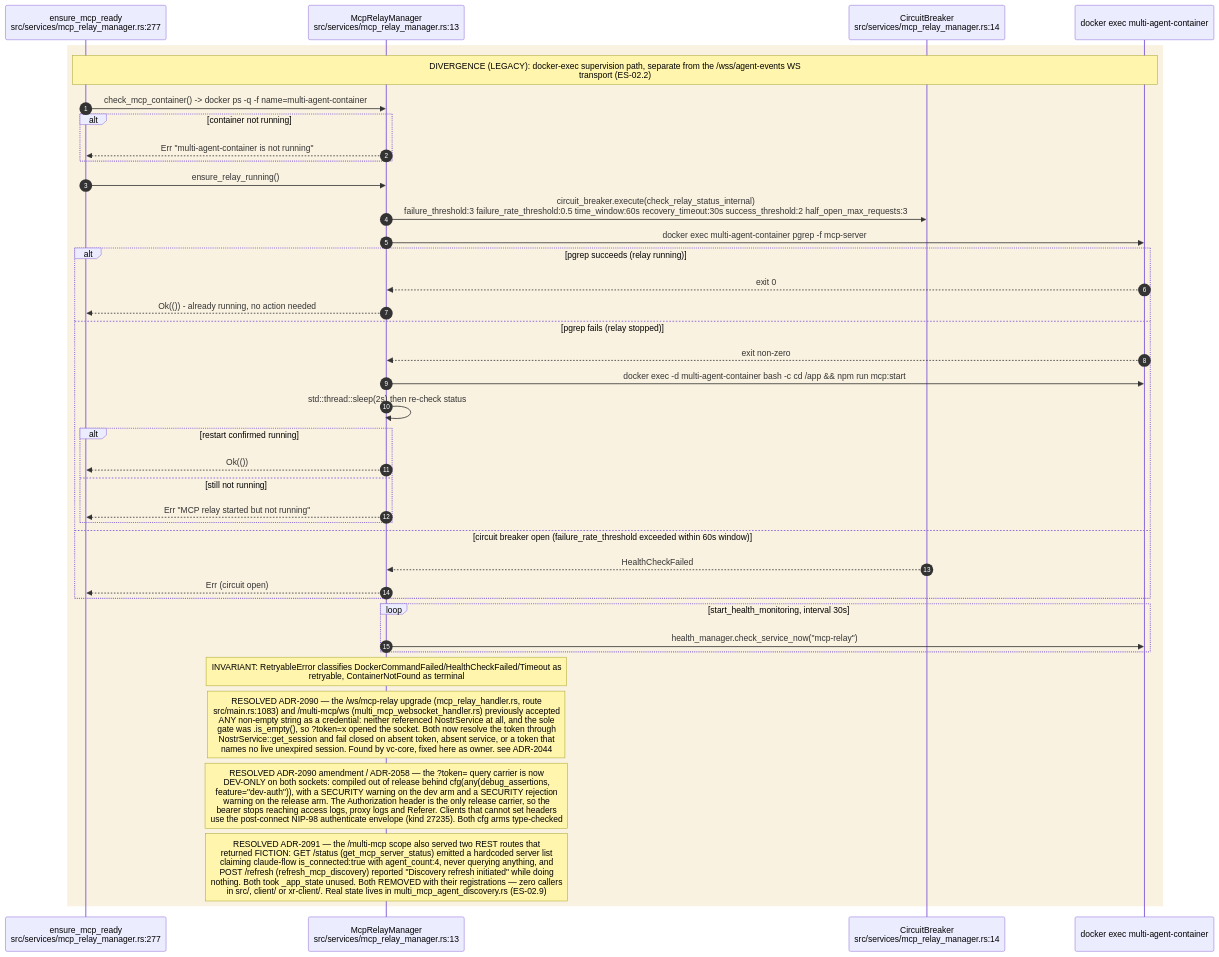
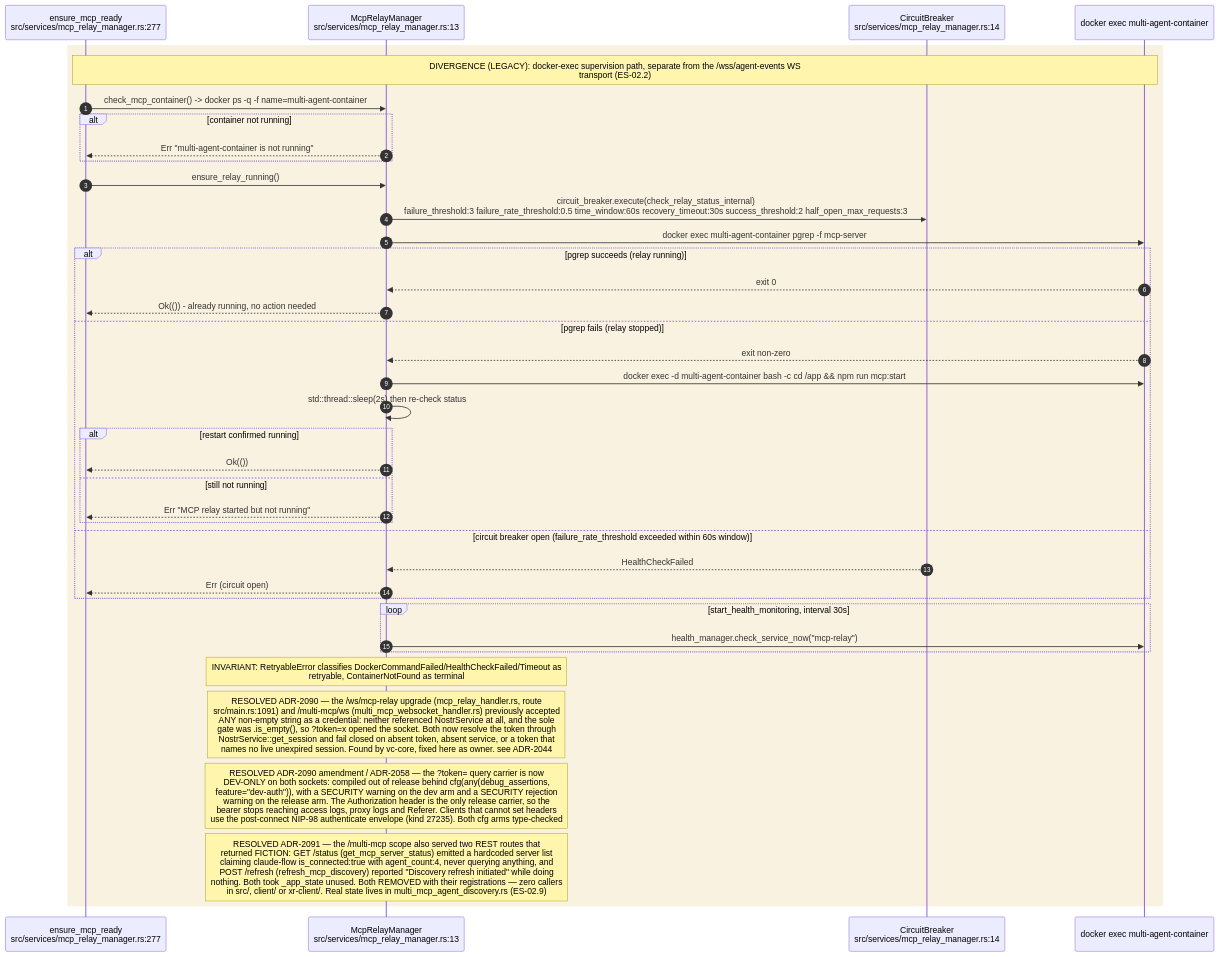
One commit to DreamLab-AI/VisionFlow changed the seventh of 12 diagrams in docs/diagrams/estate/02-agent-events-agentbox-to-visionclaw.md. Above: the diagram before and after it, drawn with Mermaid. The commit also changed other lines of this file and 111 other files, not shown here.

Commit message:
docs(diagrams): align estate maps with current source

````diff
--- a/docs/diagrams/estate/02-agent-events-agentbox-to-visionclaw.md
+++ b/docs/diagrams/estate/02-agent-events-agentbox-to-visionclaw.md
@@ -311,42 +311,42 @@
 ```mermaid
 sequenceDiagram
     autonumber
     participant CALL as ensure_mcp_ready<br/>src/services/mcp_relay_manager.rs:277
     participant MGR as McpRelayManager<br/>src/services/mcp_relay_manager.rs:13
     participant CB as CircuitBreaker<br/>src/services/mcp_relay_manager.rs:14
     participant DOCKER as docker exec multi-agent-container
 
     rect rgb(250,242,225)
     Note over CALL,DOCKER: DIVERGENCE (LEGACY): docker-exec supervision path, separate from the /wss/agent-events WS<br/>transport (ES-02.2)
     CALL->>MGR: check_mcp_container() -> docker ps -q -f name=multi-agent-container
     alt container not running
         MGR-->>CALL: Err "multi-agent-container is not running"
     end
     CALL->>MGR: ensure_relay_running()
     MGR->>CB: circuit_breaker.execute(check_relay_status_internal)<br/>failure_threshold:3 failure_rate_threshold:0.5 time_window:60s recovery_timeout:30s success_threshold:2 half_open_max_requests:3
     MGR->>DOCKER: docker exec multi-agent-container pgrep -f mcp-server
     alt pgrep succeeds (relay running)
         DOCKER-->>MGR: exit 0
         MGR-->>CALL: Ok(()) - already running, no action needed
     else pgrep fails (relay stopped)
         DOCKER-->>MGR: exit non-zero
         MGR->>DOCKER: docker exec -d multi-agent-container bash -c cd /app && npm run mcp:start
         MGR->>MGR: std::thread::sleep(2s) then re-check status
         alt restart confirmed running
             MGR-->>CALL: Ok(())
         else still not running
             MGR-->>CALL: Err "MCP relay started but not running"
         end
     else circuit breaker open (failure_rate_threshold exceeded within 60s window)
         CB-->>MGR: HealthCheckFailed
         MGR-->>CALL: Err (circuit open)
     end
     loop start_health_monitoring, interval 30s
         MGR->>DOCKER: health_manager.check_service_now("mcp-relay")
     end
     Note over MGR: INVARIANT: RetryableError classifies DockerCommandFailed/HealthCheckFailed/Timeout as<br/>retryable, ContainerNotFound as terminal
-    Note over MGR: RESOLVED ADR-2090 — the /ws/mcp-relay upgrade (mcp_relay_handler.rs, route<br/>src/main.rs:1083) and /multi-mcp/ws (multi_mcp_websocket_handler.rs) previously accepted<br/>ANY non-empty string as a credential: neither referenced NostrService at all, and the sole<br/>gate was .is_empty(), so ?token=x opened the socket. Both now resolve the token through<br/>NostrService::get_session and fail closed on absent token, absent service, or a token that<br/>names no live unexpired session. Found by vc-core, fixed here as owner. see ADR-2044
+    Note over MGR: RESOLVED ADR-2090 — the /ws/mcp-relay upgrade (mcp_relay_handler.rs, route<br/>src/main.rs:1091) and /multi-mcp/ws (multi_mcp_websocket_handler.rs) previously accepted<br/>ANY non-empty string as a credential: neither referenced NostrService at all, and the sole<br/>gate was .is_empty(), so ?token=x opened the socket. Both now resolve the token through<br/>NostrService::get_session and fail closed on absent token, absent service, or a token that<br/>names no live unexpired session. Found by vc-core, fixed here as owner. see ADR-2044
     Note over MGR: RESOLVED ADR-2090 amendment / ADR-2058 — the ?token= query carrier is now<br/>DEV-ONLY on both sockets: compiled out of release behind cfg(any(debug_assertions,<br/>feature="dev-auth")), with a SECURITY warning on the dev arm and a SECURITY rejection<br/>warning on the release arm. The Authorization header is the only release carrier, so the<br/>bearer stops reaching access logs, proxy logs and Referer. Clients that cannot set headers<br/>use the post-connect NIP-98 authenticate envelope (kind 27235). Both cfg arms type-checked
     Note over MGR: RESOLVED ADR-2091 — the /multi-mcp scope also served two REST routes that<br/>returned FICTION: GET /status (get_mcp_server_status) emitted a hardcoded server list<br/>claiming claude-flow is_connected:true with agent_count:4, never querying anything, and<br/>POST /refresh (refresh_mcp_discovery) reported "Discovery refresh initiated" while doing<br/>nothing. Both took _app_state unused. Both REMOVED with their registrations — zero callers<br/>in src/, client/ or xr-client/. Real state lives in multi_mcp_agent_discovery.rs (ES-02.9)
     end
 ```
````
